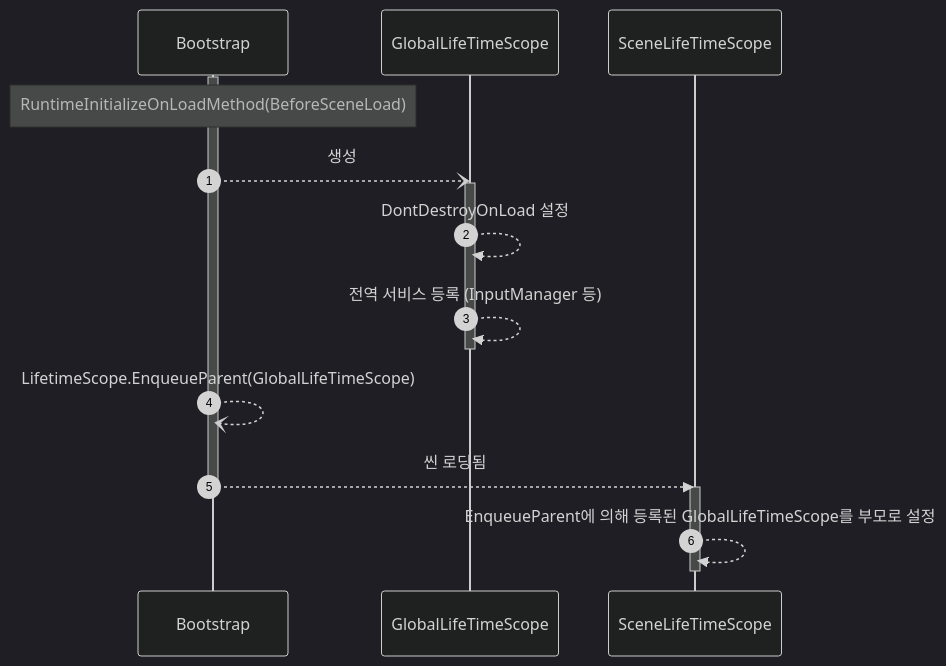
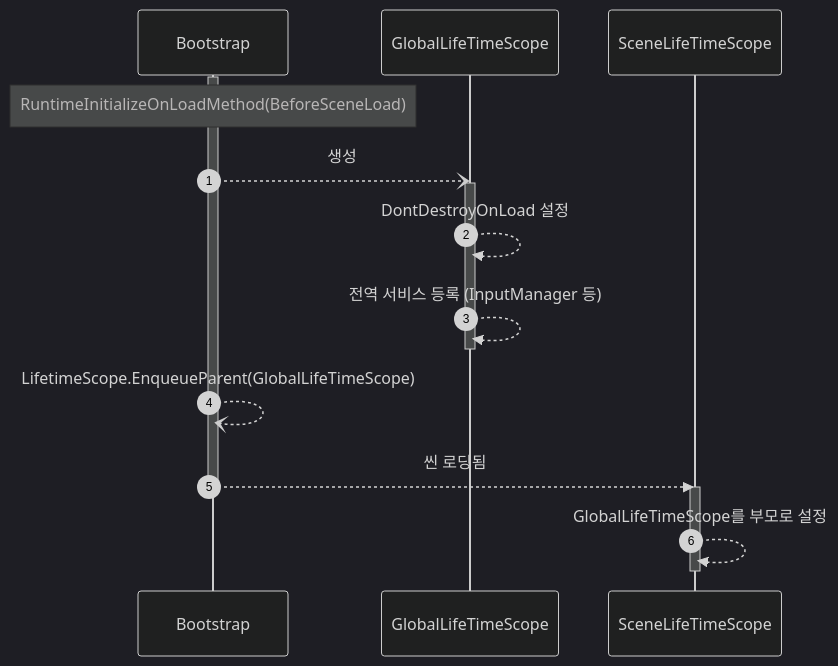
Before and after one commit to JIN5EOK/DungeonShooter: the second of 2 diagrams in Assets/_README/의존성관리_설계.md, drawn with Mermaid (dark theme).

Commit message:
docs: Docs update

````diff
--- a/Assets/_README/의존성관리_설계.md
+++ b/Assets/_README/의존성관리_설계.md
@@ -20,20 +20,20 @@
 ```mermaid
 sequenceDiagram
     autonumber
     participant Bootstrap
     participant GlobalLifeTimeScope
     participant SceneLifeTimeScope
     activate Bootstrap
     note over Bootstrap: RuntimeInitializeOnLoadMethod(BeforeSceneLoad)
     Bootstrap--)GlobalLifeTimeScope: 생성
     activate GlobalLifeTimeScope
     GlobalLifeTimeScope-->>GlobalLifeTimeScope: DontDestroyOnLoad 설정
     GlobalLifeTimeScope-->>GlobalLifeTimeScope: 전역 서비스 등록 (InputManager 등)
     deactivate GlobalLifeTimeScope
     Bootstrap--)Bootstrap: LifetimeScope.EnqueueParent(GlobalLifeTimeScope)
     Bootstrap-->>SceneLifeTimeScope: 씬 로딩됨
     deactivate Bootstrap
     activate SceneLifeTimeScope
-    SceneLifeTimeScope-->>SceneLifeTimeScope: EnqueueParent에 의해 등록된 GlobalLifeTimeScope를 부모로 설정
+    SceneLifeTimeScope-->>SceneLifeTimeScope: GlobalLifeTimeScope를 부모로 설정
     deactivate SceneLifeTimeScope
 ```
````
